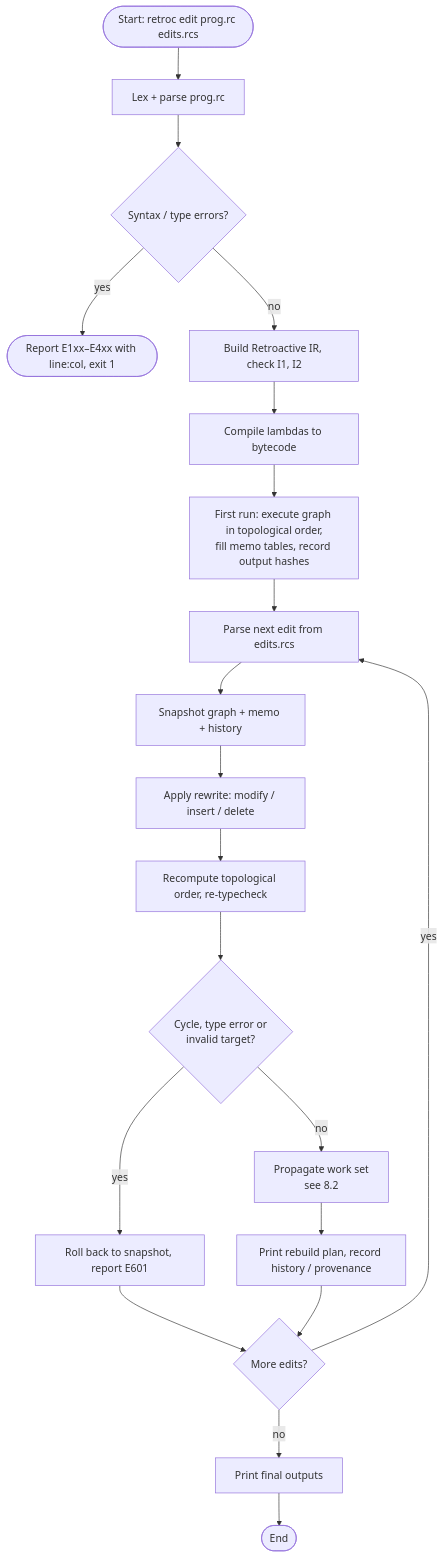
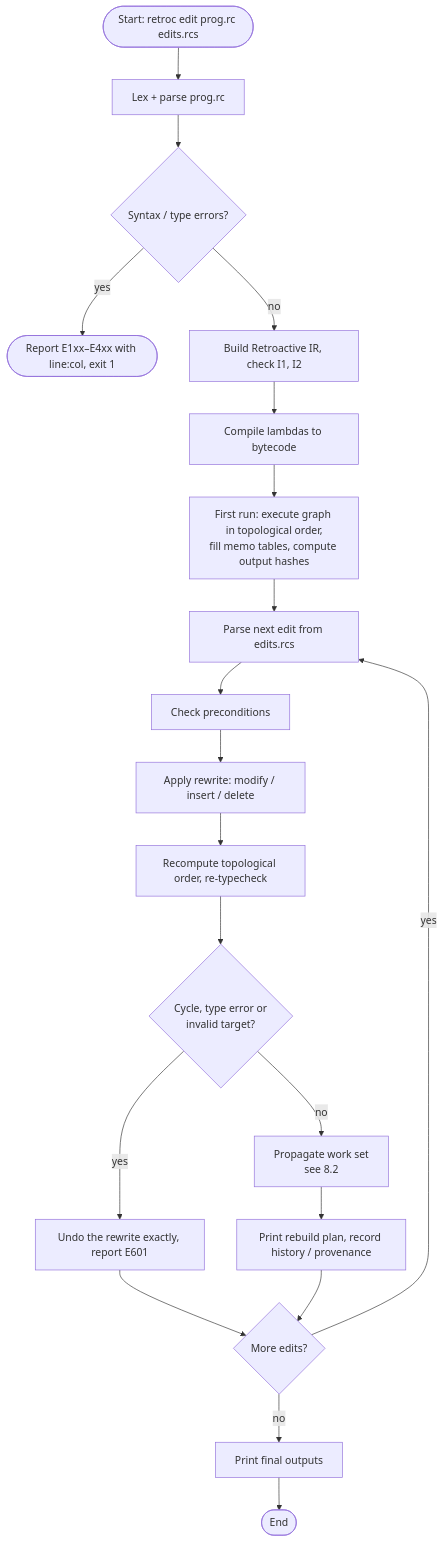
The first of 3 diagrams in PROJECT_REPORT.md (sudeep-codes/RetroC), drawn with Mermaid before and after one commit. The commit also changed other lines of this file and 5 other files, not shown here.

````diff
--- a/PROJECT_REPORT.md
+++ b/PROJECT_REPORT.md
@@ -243,21 +238,21 @@
 ```mermaid
 flowchart TD
     A([Start: retroc edit prog.rc edits.rcs]) --> B[Lex + parse prog.rc]
     B --> C{Syntax / type errors?}
     C -- yes --> X1([Report E1xx–E4xx with line:col, exit 1])
     C -- no --> D[Build Retroactive IR, check I1, I2]
     D --> E[Compile lambdas to bytecode]
-    E --> F[First run: execute graph in topological order,<br/>fill memo tables, record output hashes]
+    E --> F[First run: execute graph in topological order,<br/>fill memo tables, compute output hashes]
     F --> G[Parse next edit from edits.rcs]
-    G --> H[Snapshot graph + memo + history]
+    G --> H[Check preconditions]
     H --> I[Apply rewrite: modify / insert / delete]
     I --> J[Recompute topological order, re-typecheck]
     J --> K{Cycle, type error or<br/>invalid target?}
-    K -- yes --> L[Roll back to snapshot, report E601] --> M
+    K -- yes --> L[Undo the rewrite exactly, report E601] --> M
     K -- no --> P[Propagate work set<br/>see 8.2]
     P --> Q[Print rebuild plan, record history / provenance]
     Q --> M{More edits?}
     M -- yes --> G
     M -- no --> R[Print final outputs]
     R --> Z([End])
 ```
````
